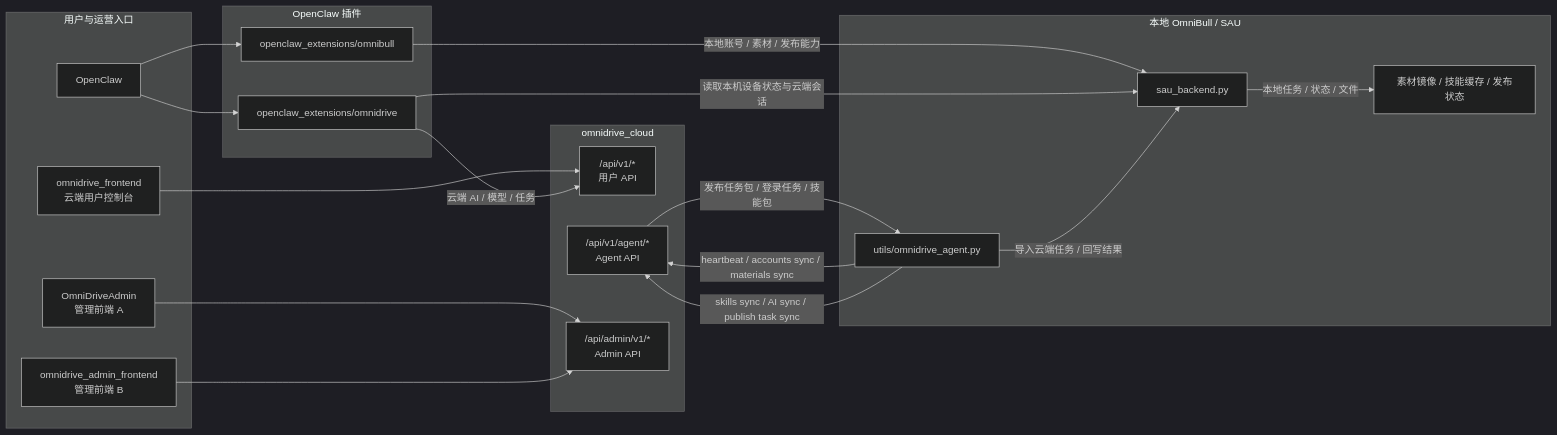
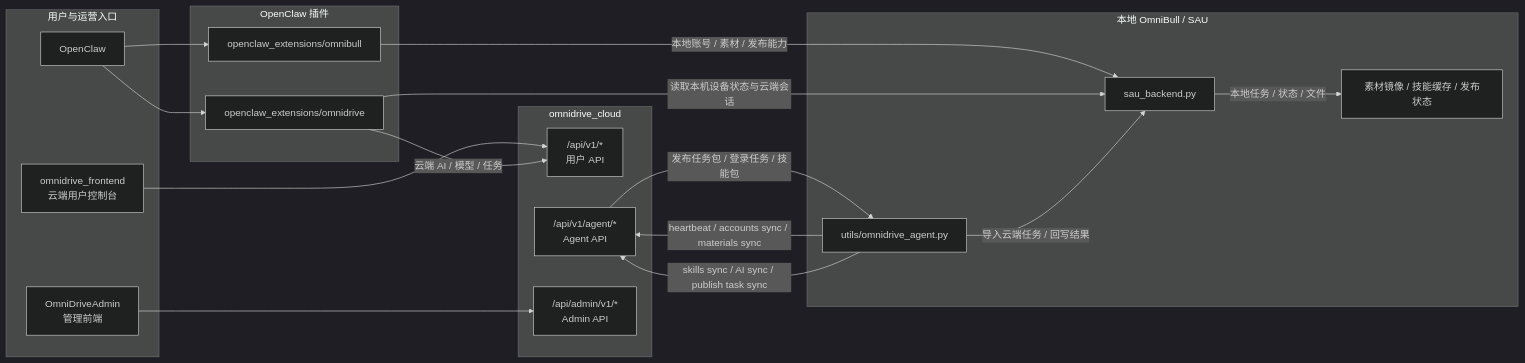
One commit to MSunne/social-auto-upload changed the fourth of 4 diagrams in docs/module_relationships.md. Above: the diagram before and after it, drawn with Mermaid (dark theme). The commit also changed other lines of this file and 44 other files, not shown here.

````diff
--- a/docs/module_relationships.md
+++ b/docs/module_relationships.md
@@ -145,43 +143,41 @@
 ```mermaid
 flowchart LR
   subgraph USER_SIDE["用户与运营入口"]
     CFE["omnidrive_frontend<br/>云端用户控制台"]
-    ADM1["OmniDriveAdmin<br/>管理前端 A"]
-    ADM2["omnidrive_admin_frontend<br/>管理前端 B"]
+    ADM1["OmniDriveAdmin<br/>管理前端"]
     CLAW["OpenClaw"]
   end
 
   subgraph CLOUD_CORE["omnidrive_cloud"]
     UAPI["/api/v1/*<br/>用户 API"]
     AAPI["/api/v1/agent/*<br/>Agent API"]
     MAPI["/api/admin/v1/*<br/>Admin API"]
   end
 
   subgraph LOCAL_CORE["本地 OmniBull / SAU"]
     OMB["sau_backend.py"]
     AGT["utils/omnidrive_agent.py"]
     MAT["素材镜像 / 技能缓存 / 发布状态"]
   end
 
   subgraph PLUGINS["OpenClaw 插件"]
     P1["openclaw_extensions/omnibull"]
     P2["openclaw_extensions/omnidrive"]
   end
 
   CFE --> UAPI
   ADM1 --> MAPI
-  ADM2 --> MAPI
 
   AGT -->|"heartbeat / accounts sync / materials sync"| AAPI
   AGT -->|"skills sync / AI sync / publish task sync"| AAPI
   AAPI -->|"发布任务包 / 登录任务 / 技能包"| AGT
 
   CLAW --> P1
   CLAW --> P2
   P1 -->|"本地账号 / 素材 / 发布能力"| OMB
   P2 -->|"云端 AI / 模型 / 任务"| UAPI
   P2 -->|"读取本机设备状态与云端会话"| OMB
 
   OMB -->|"本地任务 / 状态 / 文件"| MAT
   AGT -->|"导入云端任务 / 回写结果"| OMB
 ```
````
